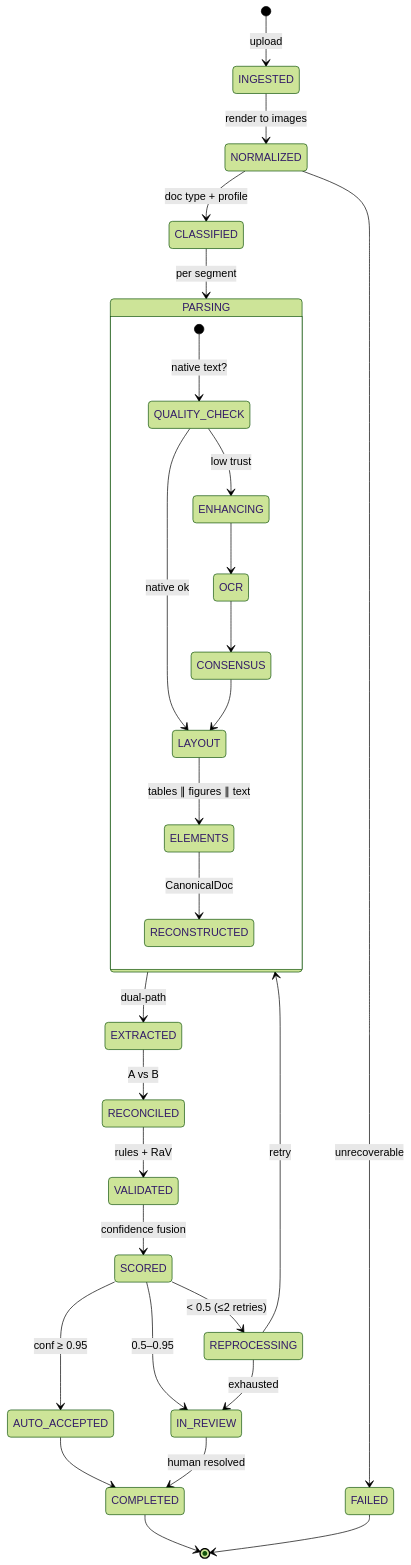
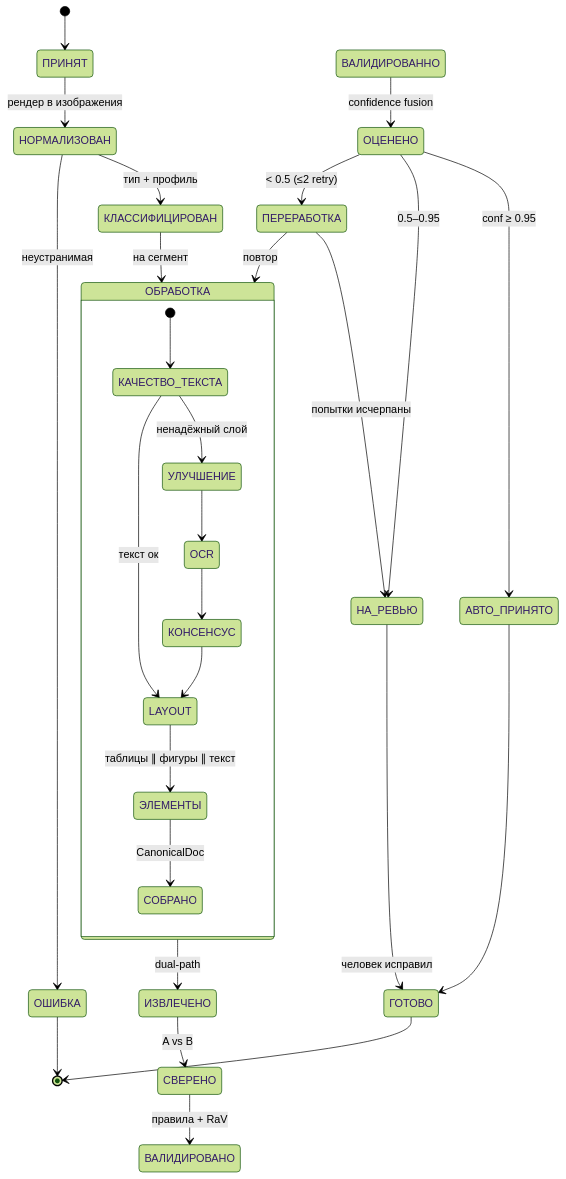
The second of 5 diagrams in docs/SUMMARY.md (Zhilg/NEI), drawn with Mermaid (forest theme) before and after one commit. The commit also changed other lines of this file, not shown here.

````diff
--- a/docs/SUMMARY.md
+++ b/docs/SUMMARY.md
@@ -107,35 +109,35 @@
 ```mermaid
 stateDiagram-v2
-    [*] --> INGESTED: upload
-    INGESTED --> NORMALIZED: render to images
-    NORMALIZED --> CLASSIFIED: doc type + profile
-    CLASSIFIED --> PARSING: per segment
+    [*] --> ПРИНЯТ
+    ПРИНЯТ --> НОРМАЛИЗОВАН: рендер в изображения
+    НОРМАЛИЗОВАН --> КЛАССИФИЦИРОВАН: тип + профиль
+    КЛАССИФИЦИРОВАН --> ОБРАБОТКА: на сегмент
 
-    state PARSING {
-        [*] --> QUALITY_CHECK: native text?
-        QUALITY_CHECK --> ENHANCING: low trust
-        QUALITY_CHECK --> LAYOUT: native ok
-        ENHANCING --> OCR
-        OCR --> CONSENSUS
-        CONSENSUS --> LAYOUT
-        LAYOUT --> ELEMENTS: tables ∥ figures ∥ text
-        ELEMENTS --> RECONSTRUCTED: CanonicalDoc
+    state ОБРАБОТКА {
+        [*] --> КАЧЕСТВО_ТЕКСТА
+        КАЧЕСТВО_ТЕКСТА --> УЛУЧШЕНИЕ: ненадёжный слой
+        КАЧЕСТВО_ТЕКСТА --> LAYOUT: текст ок
+        УЛУЧШЕНИЕ --> OCR
+        OCR --> КОНСЕНСУС
+        КОНСЕНСУС --> LAYOUT
+        LAYOUT --> ЭЛЕМЕНТЫ: таблицы ∥ фигуры ∥ текст
+        ЭЛЕМЕНТЫ --> СОБРАНО: CanonicalDoc
     }
 
-    PARSING --> EXTRACTED: dual-path
-    EXTRACTED --> RECONCILED: A vs B
-    RECONCILED --> VALIDATED: rules + RaV
-    VALIDATED --> SCORED: confidence fusion
+    ОБРАБОТКА --> ИЗВЛЕЧЕНО: dual-path
+    ИЗВЛЕЧЕНО --> СВЕРЕНО: A vs B
+    СВЕРЕНО --> ВАЛИДИРОВАНО: правила + RaV
+    ВАЛИДИРОВАННО --> ОЦЕНЕНО: confidence fusion
 
-    SCORED --> AUTO_ACCEPTED: conf ≥ 0.95
-    SCORED --> IN_REVIEW: 0.5–0.95
-    SCORED --> REPROCESSING: < 0.5 (≤2 retries)
+    ОЦЕНЕНО --> АВТО_ПРИНЯТО: conf ≥ 0.95
+    ОЦЕНЕНО --> НА_РЕВЬЮ: 0.5–0.95
+    ОЦЕНЕНО --> ПЕРЕРАБОТКА: < 0.5 (≤2 retry)
 
-    REPROCESSING --> PARSING: retry
-    REPROCESSING --> IN_REVIEW: exhausted
-    IN_REVIEW --> COMPLETED: human resolved
-    AUTO_ACCEPTED --> COMPLETED
-    COMPLETED --> [*]
-    NORMALIZED --> FAILED: unrecoverable
-    FAILED --> [*]
+    ПЕРЕРАБОТКА --> ОБРАБОТКА: повтор
+    ПЕРЕРАБОТКА --> НА_РЕВЬЮ: попытки исчерпаны
+    НА_РЕВЬЮ --> ГОТОВО: человек исправил
+    АВТО_ПРИНЯТО --> ГОТОВО
+    ГОТОВО --> [*]
+    НОРМАЛИЗОВАН --> ОШИБКА: неустранимая
+    ОШИБКА --> [*]
 ```
````
